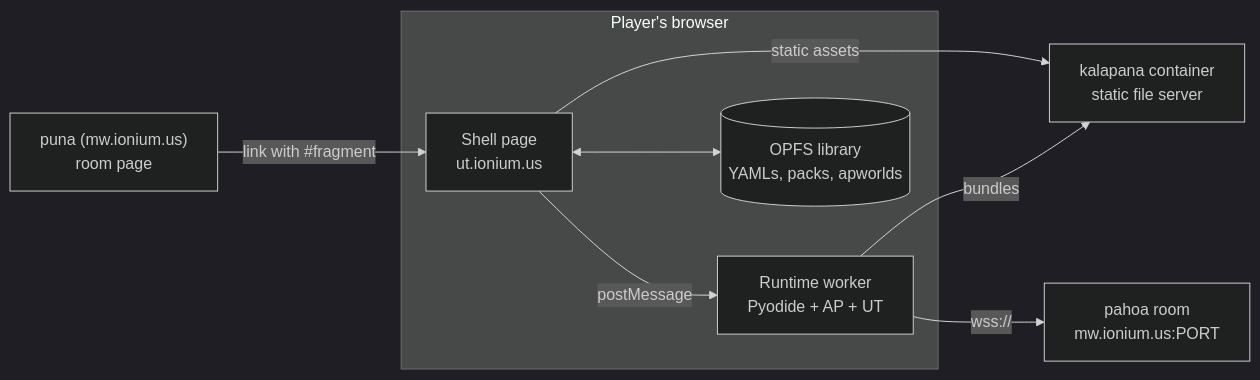
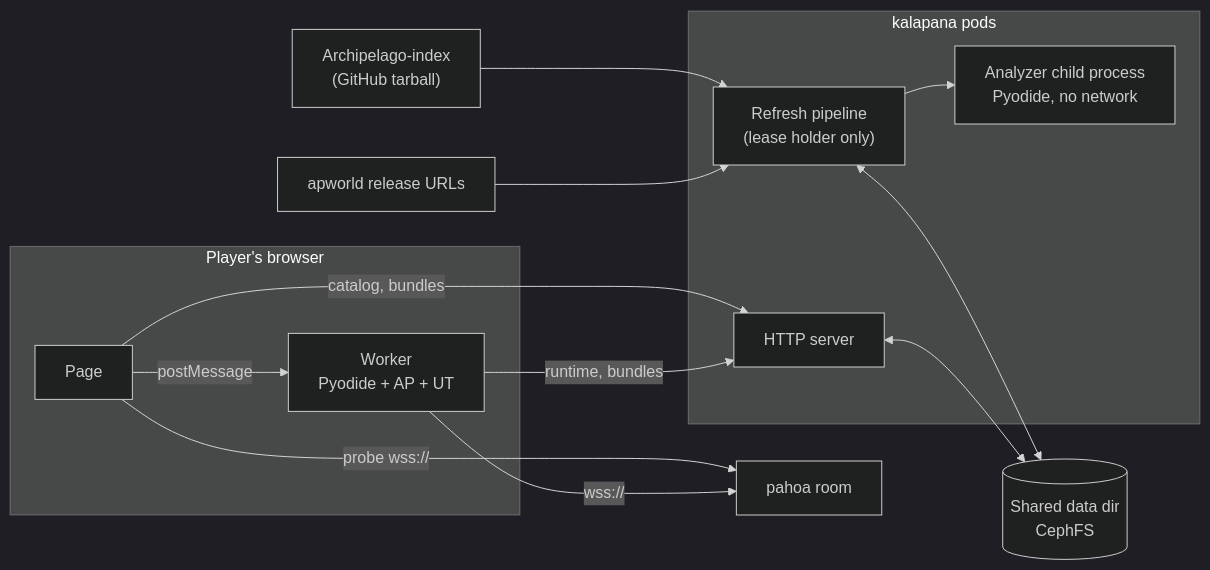
The diagram in docs/design.md (mooinglemur/kalapana), drawn with Mermaid (dark theme) before and after one commit. The commit also changed other lines of this file and 37 other files, not shown here.

Commit message:
Add kalapana server, sandboxed apworld analyzer, browser tracker client, image and CI

````diff
--- a/docs/design.md
+++ b/docs/design.md
@@ -44,11 +32,18 @@
 ```mermaid
 flowchart LR
-  puna["puna (mw.ionium.us)<br>room page"] -- "link with #fragment" --> shell
+  index["Archipelago-index<br>(GitHub tarball)"] --> refresh
+  apworlds["apworld release URLs"] --> refresh
+  subgraph pod["kalapana pods"]
+    http["HTTP server"]
+    refresh["Refresh pipeline<br>(lease holder only)"] --> sandbox["Analyzer child process<br>Pyodide, no network"]
+  end
+  refresh <--> data[("Shared data dir<br>CephFS")]
+  http <--> data
   subgraph browser["Player's browser"]
-    shell["Shell page<br>ut.ionium.us"] -- "postMessage" --> runtime["Runtime worker<br>Pyodide + AP + UT"]
-    shell <--> storage[("OPFS library<br>YAMLs, packs, apworlds")]
+    page["Page"] -- "postMessage" --> worker["Worker<br>Pyodide + AP + UT"]
   end
-  shell -- "static assets" --> server["kalapana container<br>static file server"]
-  runtime -- "bundles" --> server
-  runtime -- "wss://" --> room["pahoa room<br>mw.ionium.us:PORT"]
+  page -- "catalog, bundles" --> http
+  worker -- "runtime, bundles" --> http
+  page -- "probe wss://" --> room["pahoa room"]
+  worker -- "wss://" --> room
 ```
````
